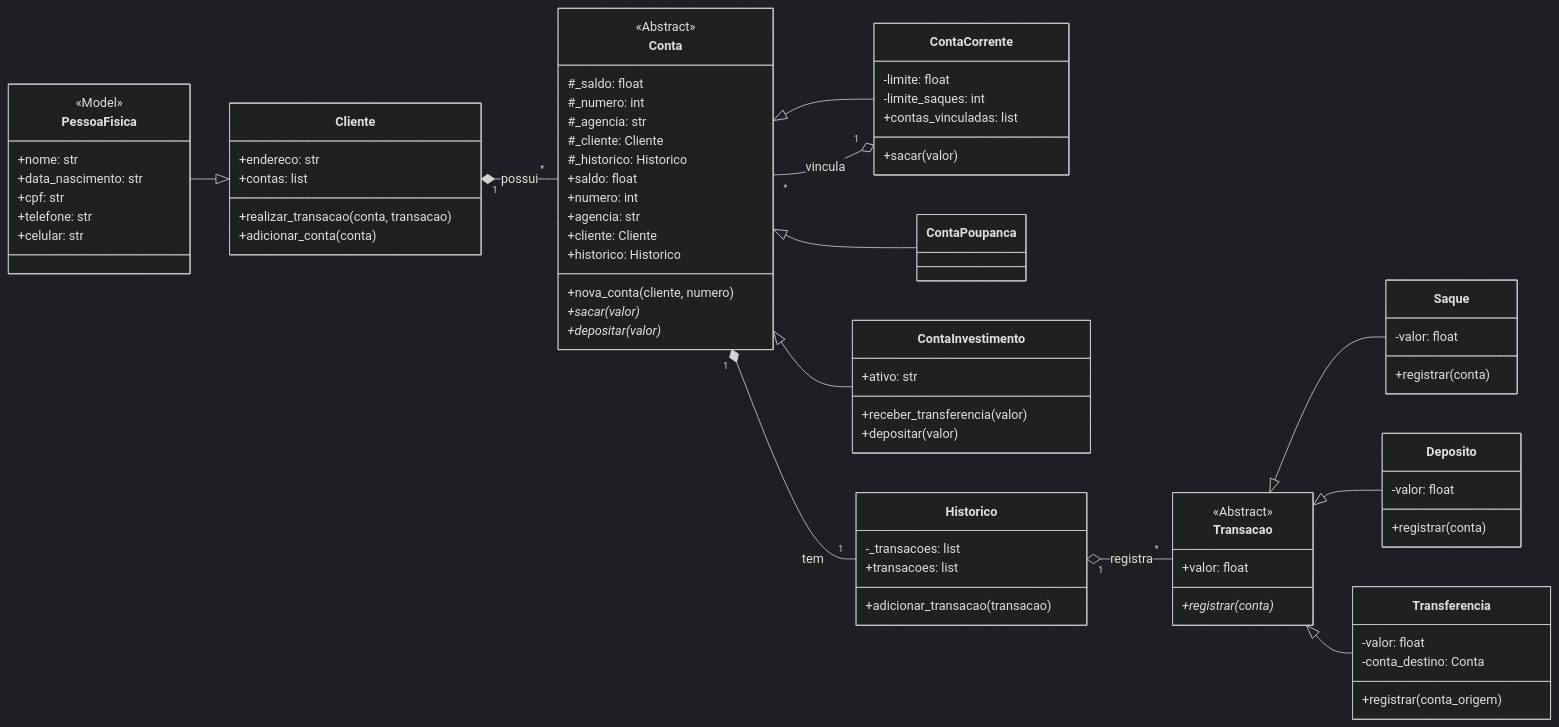
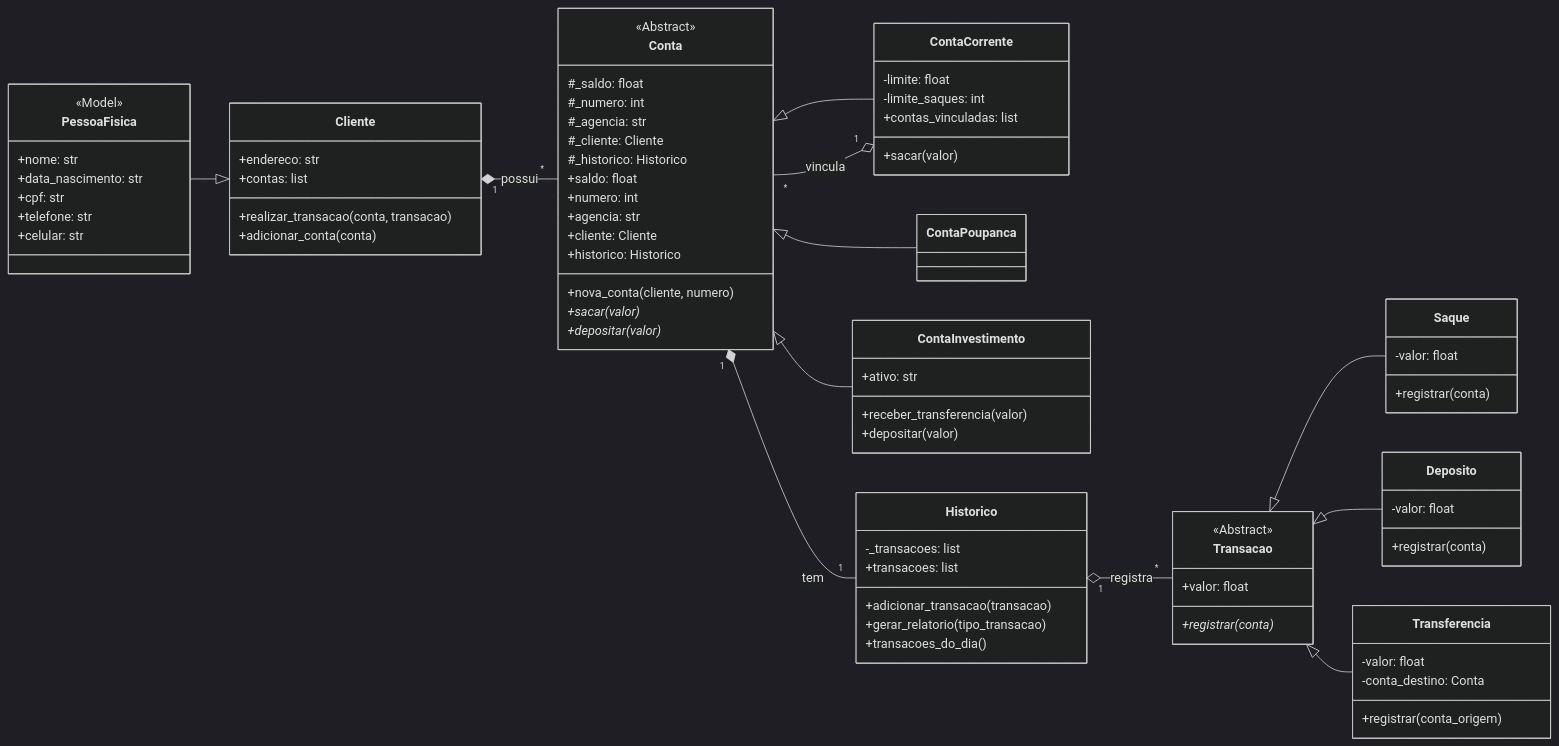
Before and after one commit to R1c4rd0F4gund3s/DIO-Santander-Bootcamp-2025-Back-End-Python-Sistema-Bancario: the diagram in doc/diagrama_uml.md, drawn with Mermaid (dark theme). The commit also changed 2 other files, not shown here.

Commit message:
Atualizado o manual, diagrama e fluxograma.

```diff
--- a/doc/diagrama_uml.md
+++ b/doc/diagrama_uml.md
@@ -56,6 +56,8 @@
         -_transacoes: list
         +transacoes: list
         +adicionar_transacao(transacao)
+        +gerar_relatorio(tipo_transacao)
+        +transacoes_do_dia()
     }
 
     class Transacao {
```
